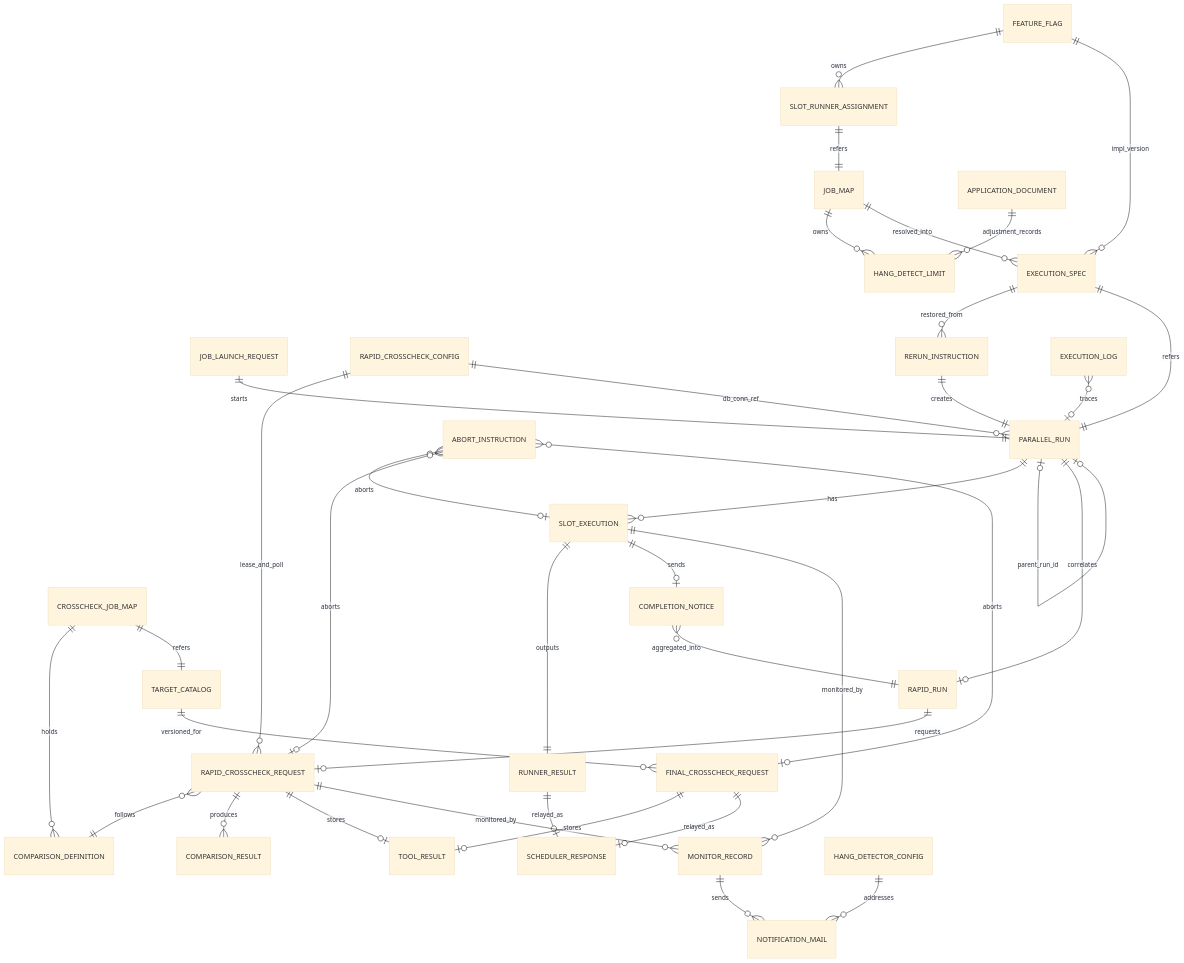
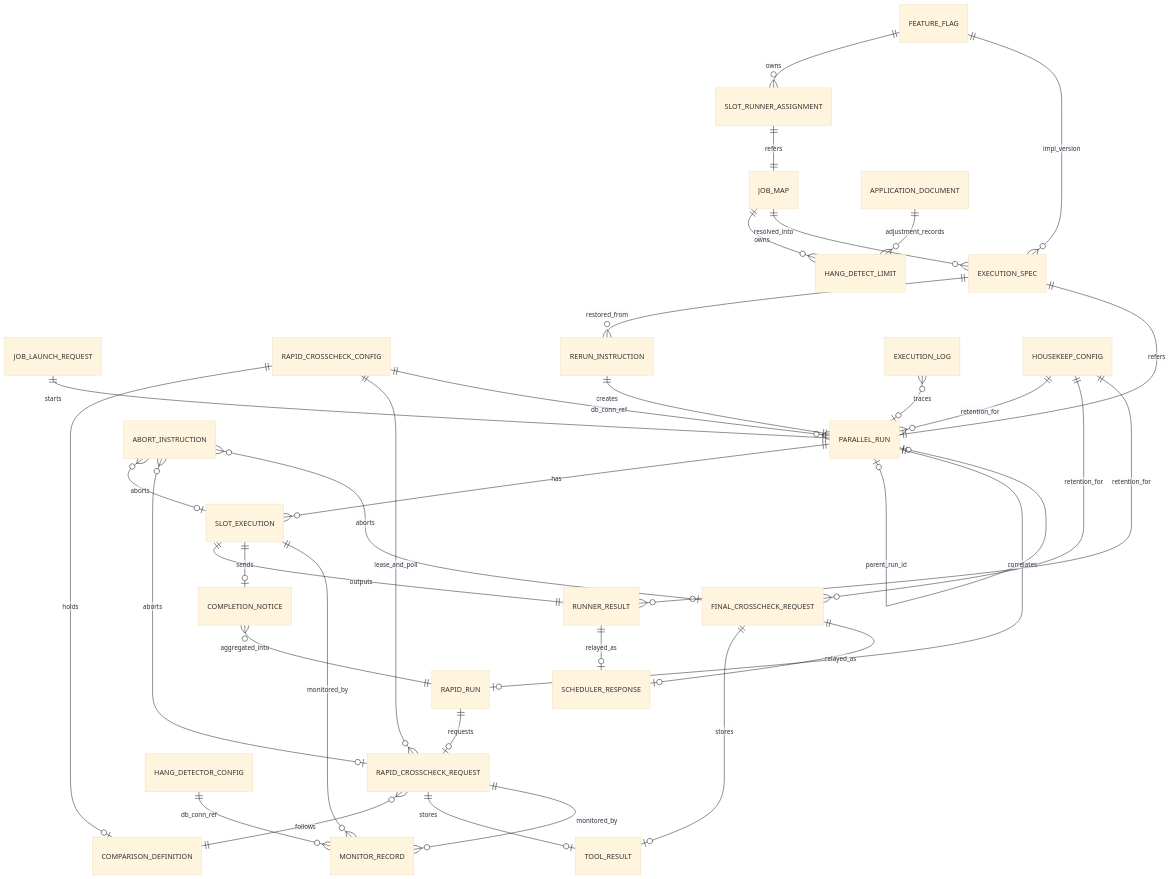
One commit to suwa-sh/relay-gate changed the seventh of 7 diagrams in docs/arch/latest/arch-design.md. Above: the diagram before and after it, drawn with Mermaid (base theme). The commit also changed other lines of this file and 2131 other files, not shown here.

````diff
--- a/docs/arch/latest/arch-design.md
+++ b/docs/arch/latest/arch-design.md
@@ -566,39 +596,38 @@
 ```mermaid
 erDiagram
 FEATURE_FLAG ||--o{ SLOT_RUNNER_ASSIGNMENT : owns
 SLOT_RUNNER_ASSIGNMENT ||--|| JOB_MAP : refers
 JOB_MAP ||--o{ HANG_DETECT_LIMIT : owns
 JOB_MAP ||--o{ EXECUTION_SPEC : resolved_into
-CROSSCHECK_JOB_MAP ||--o{ COMPARISON_DEFINITION : holds
-CROSSCHECK_JOB_MAP ||--|| TARGET_CATALOG : refers
 JOB_LAUNCH_REQUEST ||--|| PARALLEL_RUN : starts
 PARALLEL_RUN ||--|| EXECUTION_SPEC : refers
 PARALLEL_RUN ||--o{ SLOT_EXECUTION : has
 PARALLEL_RUN o|--o| PARALLEL_RUN : parent_run_id
 SLOT_EXECUTION ||--|| RUNNER_RESULT : outputs
 RUNNER_RESULT ||--o| SCHEDULER_RESPONSE : relayed_as
 SLOT_EXECUTION ||--o| COMPLETION_NOTICE : sends
 COMPLETION_NOTICE }o--|| RAPID_RUN : aggregated_into
 PARALLEL_RUN ||--o| RAPID_RUN : correlates
 RAPID_RUN ||--o| RAPID_CROSSCHECK_REQUEST : requests
 RAPID_CROSSCHECK_REQUEST }o--|| COMPARISON_DEFINITION : follows
-RAPID_CROSSCHECK_REQUEST ||--o{ COMPARISON_RESULT : produces
 RAPID_CROSSCHECK_REQUEST ||--o| TOOL_RESULT : stores
-TARGET_CATALOG ||--o{ FINAL_CROSSCHECK_REQUEST : versioned_for
 FINAL_CROSSCHECK_REQUEST ||--o| TOOL_RESULT : stores
 FINAL_CROSSCHECK_REQUEST ||--o| SCHEDULER_RESPONSE : relayed_as
 SLOT_EXECUTION ||--o{ MONITOR_RECORD : monitored_by
 RAPID_CROSSCHECK_REQUEST ||--o{ MONITOR_RECORD : monitored_by
-MONITOR_RECORD ||--o{ NOTIFICATION_MAIL : sends
-HANG_DETECTOR_CONFIG ||--o{ NOTIFICATION_MAIL : addresses
+HANG_DETECTOR_CONFIG ||--o{ MONITOR_RECORD : db_conn_ref
+RAPID_CROSSCHECK_CONFIG ||--o| COMPARISON_DEFINITION : holds
 RAPID_CROSSCHECK_CONFIG ||--o{ RAPID_CROSSCHECK_REQUEST : lease_and_poll
 RAPID_CROSSCHECK_CONFIG ||--o{ PARALLEL_RUN : db_conn_ref
 FEATURE_FLAG ||--o{ EXECUTION_SPEC : impl_version
 APPLICATION_DOCUMENT ||--o{ HANG_DETECT_LIMIT : adjustment_records
 EXECUTION_SPEC ||--o{ RERUN_INSTRUCTION : restored_from
 RERUN_INSTRUCTION ||--|| PARALLEL_RUN : creates
 ABORT_INSTRUCTION }o--o| SLOT_EXECUTION : aborts
 ABORT_INSTRUCTION }o--o| RAPID_CROSSCHECK_REQUEST : aborts
 ABORT_INSTRUCTION }o--o| FINAL_CROSSCHECK_REQUEST : aborts
 EXECUTION_LOG }o--o| PARALLEL_RUN : traces
+HOUSEKEEP_CONFIG ||--o{ PARALLEL_RUN : retention_for
+HOUSEKEEP_CONFIG ||--o{ FINAL_CROSSCHECK_REQUEST : retention_for
+HOUSEKEEP_CONFIG ||--o{ RUNNER_RESULT : retention_for
 ```
````
